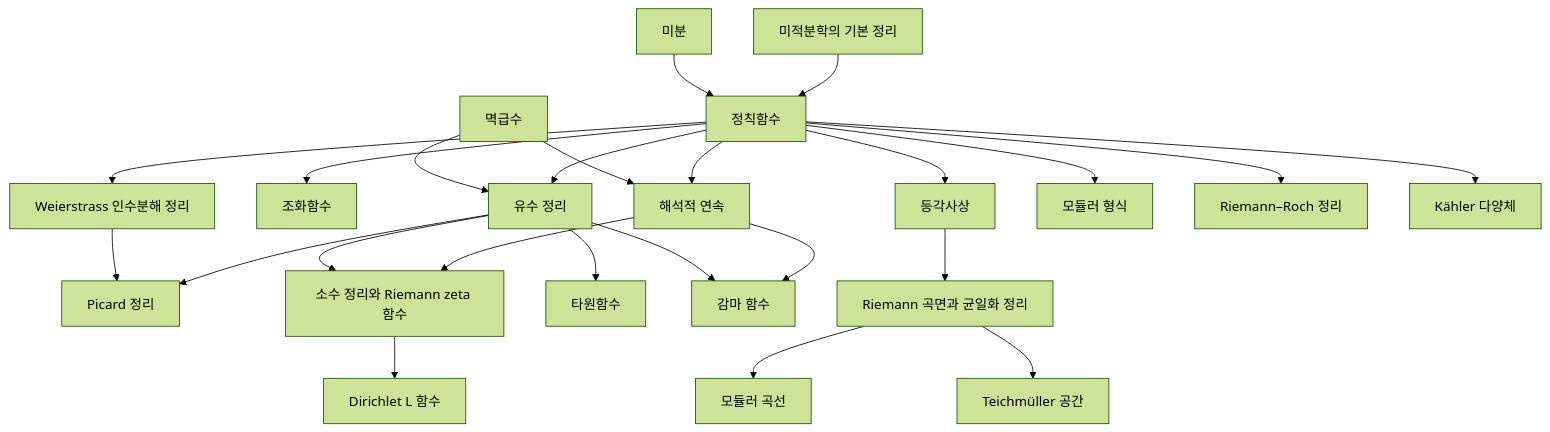
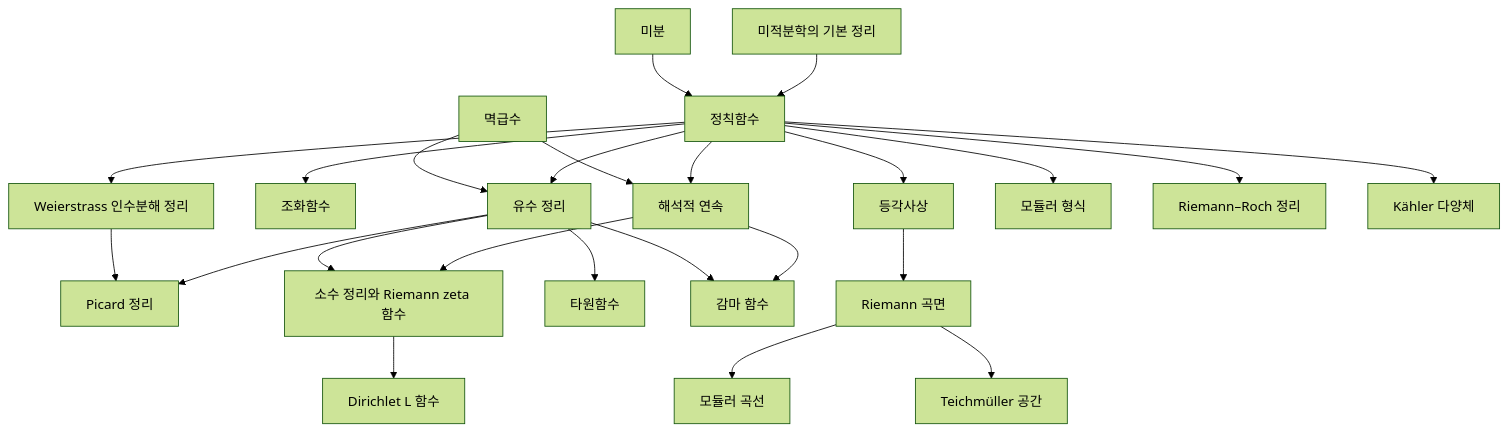
The diagram in docs/complex-analysis-overview.md (Phryxia/math-map), drawn with Mermaid (forest theme) before and after one commit. The commit also changed other lines of this file and 10 other files, not shown here.

````diff
--- a/docs/complex-analysis-overview.md
+++ b/docs/complex-analysis-overview.md
@@ -13,26 +13,26 @@
 ```mermaid
 graph TD
   DV["미분"] --> HF["정칙함수"]
   FC["미적분학의 기본 정리"] --> HF
   PS["멱급수"] --> RT["유수 정리"]
   HF --> RT
   HF --> HM["조화함수"]
   PS --> AC["해석적 연속"]
   HF --> AC
   HF --> CM["등각사상"]
   HF --> WF["Weierstrass 인수분해 정리"]
   WF --> PC["Picard 정리"]
   RT --> PC
-  CM --> RS["Riemann 곡면과 균일화 정리"]
+  CM --> RS["Riemann 곡면"]
   RS --> MC["모듈러 곡선"]
   RS --> TS["Teichmüller 공간"]
   RT --> EF["타원함수"]
   RT --> GF["감마 함수"]
   AC --> GF
   RT --> PNT["소수 정리와 Riemann zeta 함수"]
   AC --> PNT
   PNT --> DL["Dirichlet L 함수"]
   HF --> MF["모듈러 형식"]
   HF --> RR["Riemann–Roch 정리"]
   HF --> KM["Kähler 다양체"]
 ```
````
